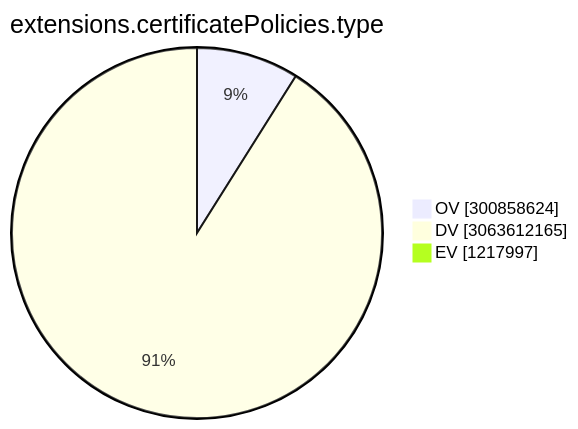
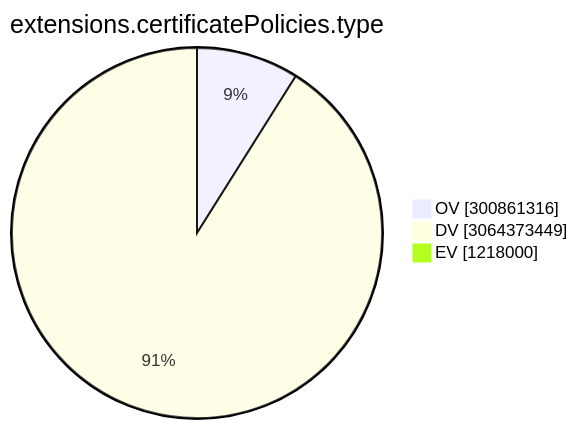
One commit to christiankrug/ctmonitor_visualization changed the ninth of 15 diagrams in TOTAL/README.md. Above: the diagram before and after it, drawn with Mermaid. The commit also changed other lines of this file, not shown here.

````diff
--- a/TOTAL/README.md
+++ b/TOTAL/README.md
@@ -3102,7 +3102,7 @@
 ```mermaid
 pie showData
 title extensions.certificatePolicies.type
-"OV" :300858624
-"DV" :3063612165
-"EV" :1217997
+"OV" :300861316
+"DV" :3064373449
+"EV" :1218000
 ```
````
